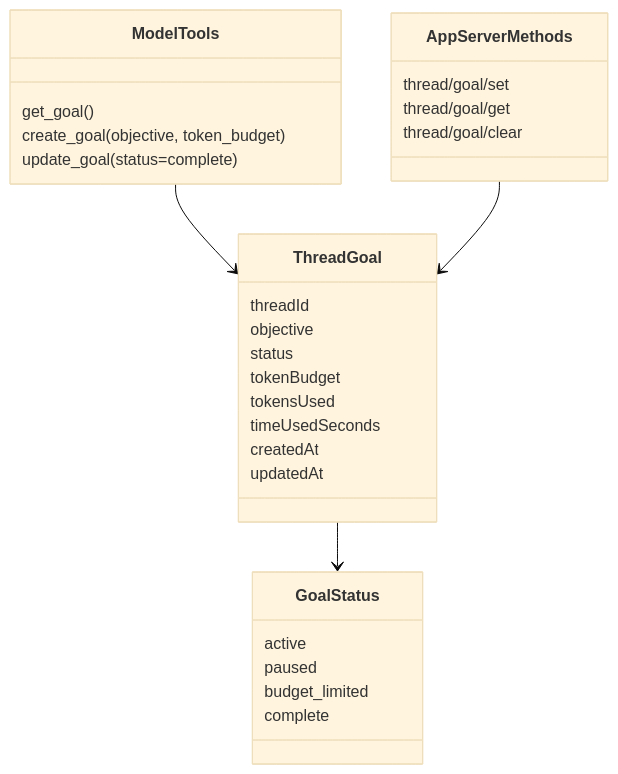
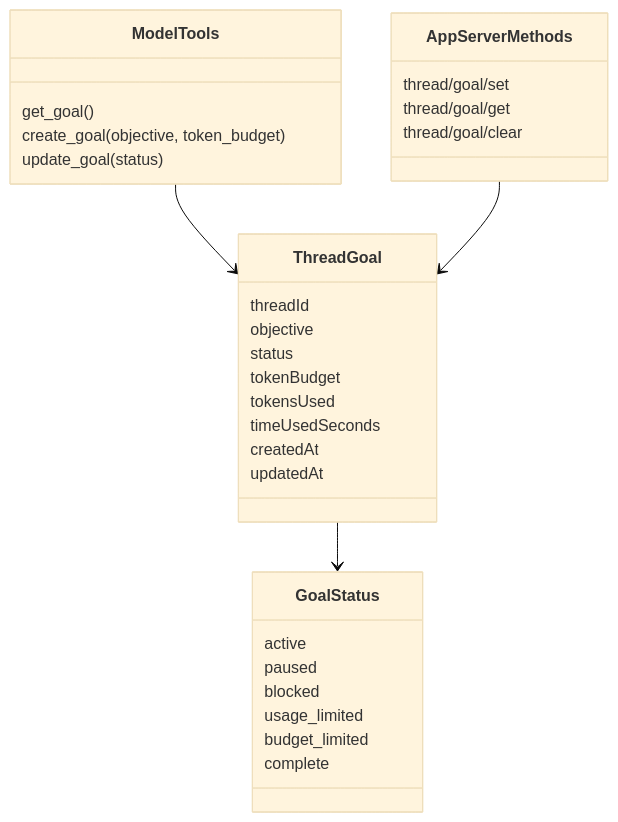
The third of 10 diagrams in codex-goal-pipeline/codex-goal-pipeline.md (nes0903/study), drawn with Mermaid (base theme) before and after one commit. The commit also changed other lines of this file and 318 other files, not shown here.

````diff
--- a/codex-goal-pipeline/codex-goal-pipeline.md
+++ b/codex-goal-pipeline/codex-goal-pipeline.md
@@ -42,32 +42,34 @@
 ```mermaid
 classDiagram
     class ThreadGoal {
         threadId
         objective
         status
         tokenBudget
         tokensUsed
         timeUsedSeconds
         createdAt
         updatedAt
     }
     class GoalStatus {
         active
         paused
+        blocked
+        usage_limited
         budget_limited
         complete
     }
     class ModelTools {
         get_goal()
         create_goal(objective, token_budget)
-        update_goal(status=complete)
+        update_goal(status)
     }
     class AppServerMethods {
         thread/goal/set
         thread/goal/get
         thread/goal/clear
     }
     ThreadGoal --> GoalStatus
     ModelTools --> ThreadGoal
     AppServerMethods --> ThreadGoal
 ```
````
